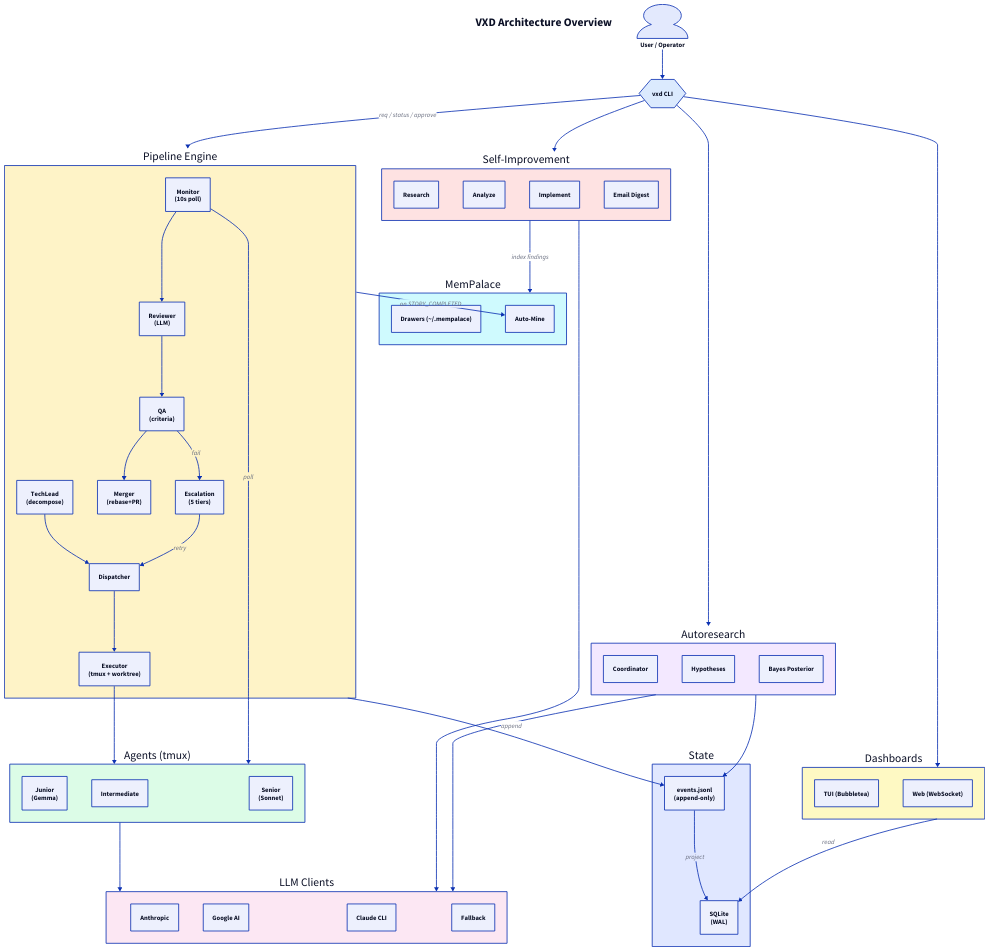
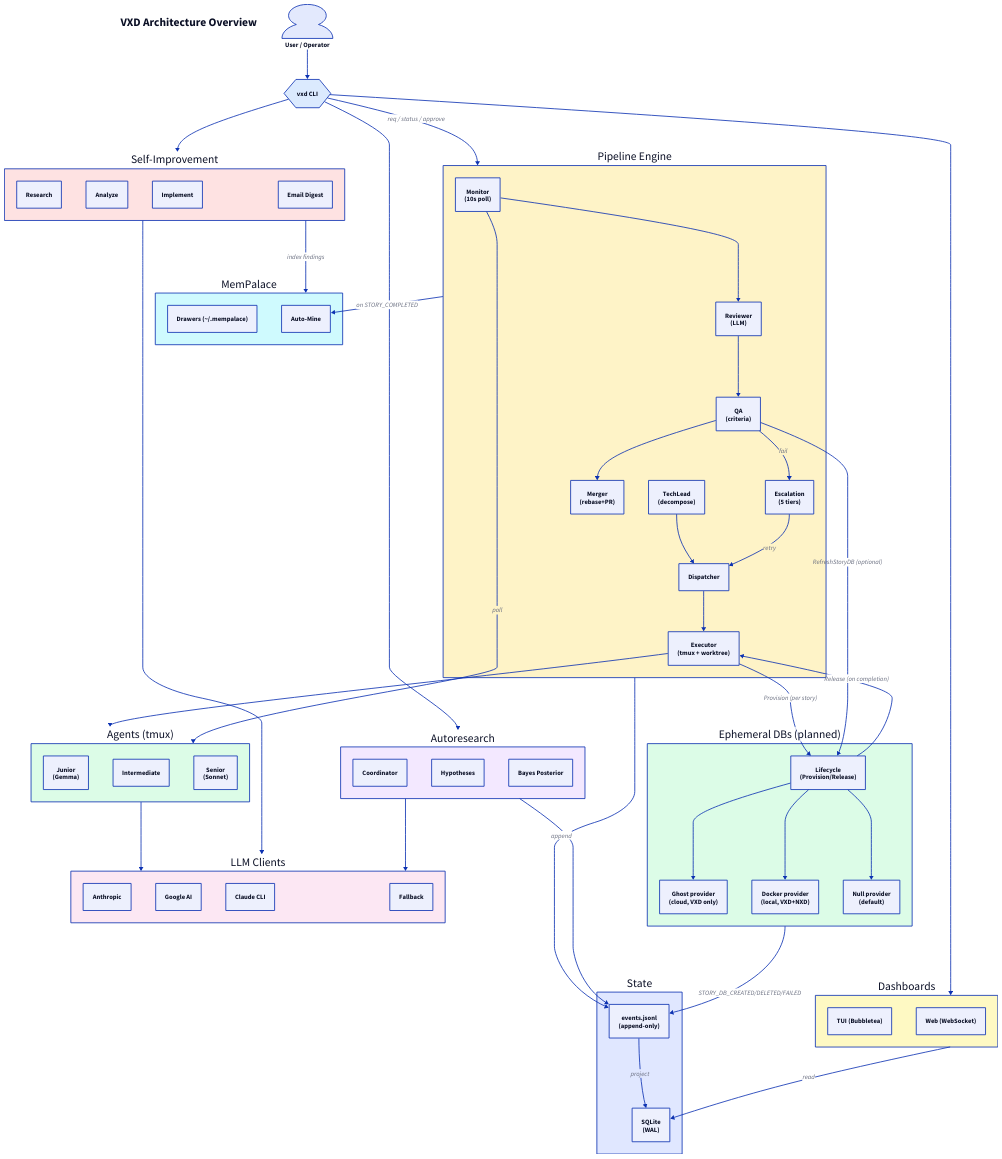
The diagram in docs/diagrams/arch-overview.d2 (tzone85/vortex-dispatch), drawn with D2 before and after one commit. The commit also changed 14 other files, not shown here.

First line of the commit message:
docs(devdb): ephemeral DB design specs (ghost.build-inspired)

```diff
--- a/docs/diagrams/arch-overview.d2
+++ b/docs/diagrams/arch-overview.d2
@@ -1,107 +1,123 @@
 direction: down
 
 title: VXD Architecture Overview {
   shape: text
   style.font-size: 28
   style.bold: true
 }
 
 user: User / Operator {
   shape: person
 }
 
 cli: vxd CLI {
   shape: hexagon
   style.fill: "#dbeafe"
 }
 
 engine: Pipeline Engine {
   style.fill: "#fef3c7"
   techlead: TechLead\n(decompose)
   dispatcher: Dispatcher
   executor: Executor\n(tmux + worktree)
   monitor: Monitor\n(10s poll)
   reviewer: Reviewer\n(LLM)
   qa: QA\n(criteria)
   merger: Merger\n(rebase+PR)
   escalation: Escalation\n(5 tiers)
 }
 
 state: State {
   style.fill: "#e0e7ff"
   events: events.jsonl\n(append-only)
   sqlite: SQLite\n(WAL)
 }
 
 llm: LLM Clients {
   style.fill: "#fce7f3"
   anthropic: Anthropic
   google: Google AI
   cli_client: Claude CLI
   fallback: Fallback
 }
 
 agents: Agents (tmux) {
   style.fill: "#dcfce7"
   junior: Junior\n(Gemma)
   intermediate: Intermediate
   senior: Senior\n(Sonnet)
 }
 
 improve: Self-Improvement {
   style.fill: "#fee2e2"
   research: Research
   analyze: Analyze
   implement: Implement
   email: Email Digest
 }
 
 autoresearch: Autoresearch {
   style.fill: "#f3e8ff"
   coordinator: Coordinator
   hypotheses: Hypotheses
   bayes: Bayes Posterior
 }
 
 memory: MemPalace {
   style.fill: "#cffafe"
   drawers: Drawers (~/.mempalace)
   automine: Auto-Mine
 }
 
 dash: Dashboards {
   style.fill: "#fef9c3"
   tui: TUI (Bubbletea)
   web: Web (WebSocket)
 }
 
+devdb: Ephemeral DBs (planned) {
+  style.fill: "#dcfce7"
+  lifecycle: Lifecycle\n(Provision/Release)
+  ghost: Ghost provider\n(cloud, VXD only)
+  docker: Docker provider\n(local, VXD+NXD)
+  null: Null provider\n(default)
+}
+
 user -> cli
 cli -> engine: req / status / approve
 cli -> dash
 cli -> improve
 cli -> autoresearch
 
 engine.techlead -> engine.dispatcher
 engine.dispatcher -> engine.executor
 engine.executor -> agents
 engine.monitor -> agents: poll
 engine.monitor -> engine.reviewer
 engine.reviewer -> engine.qa
 engine.qa -> engine.merger
 engine.qa -> engine.escalation: fail
 engine.escalation -> engine.dispatcher: retry
 
 engine -> state.events: append
 state.events -> state.sqlite: project
 
 agents -> llm
 
 improve -> llm
 improve -> memory: index findings
 
 autoresearch -> llm
 autoresearch -> state.events
 
 memory.automine <- engine: on STORY_COMPLETED
 
 dash -> state.sqlite: read
+
+engine.executor -> devdb.lifecycle: Provision (per story)
+engine.qa -> devdb.lifecycle: RefreshStoryDB (optional)
+engine.executor <- devdb.lifecycle: Release (on completion)
+devdb.lifecycle -> devdb.ghost
+devdb.lifecycle -> devdb.docker
+devdb.lifecycle -> devdb.null
+devdb -> state.events: STORY_DB_CREATED/DELETED/FAILED
```
